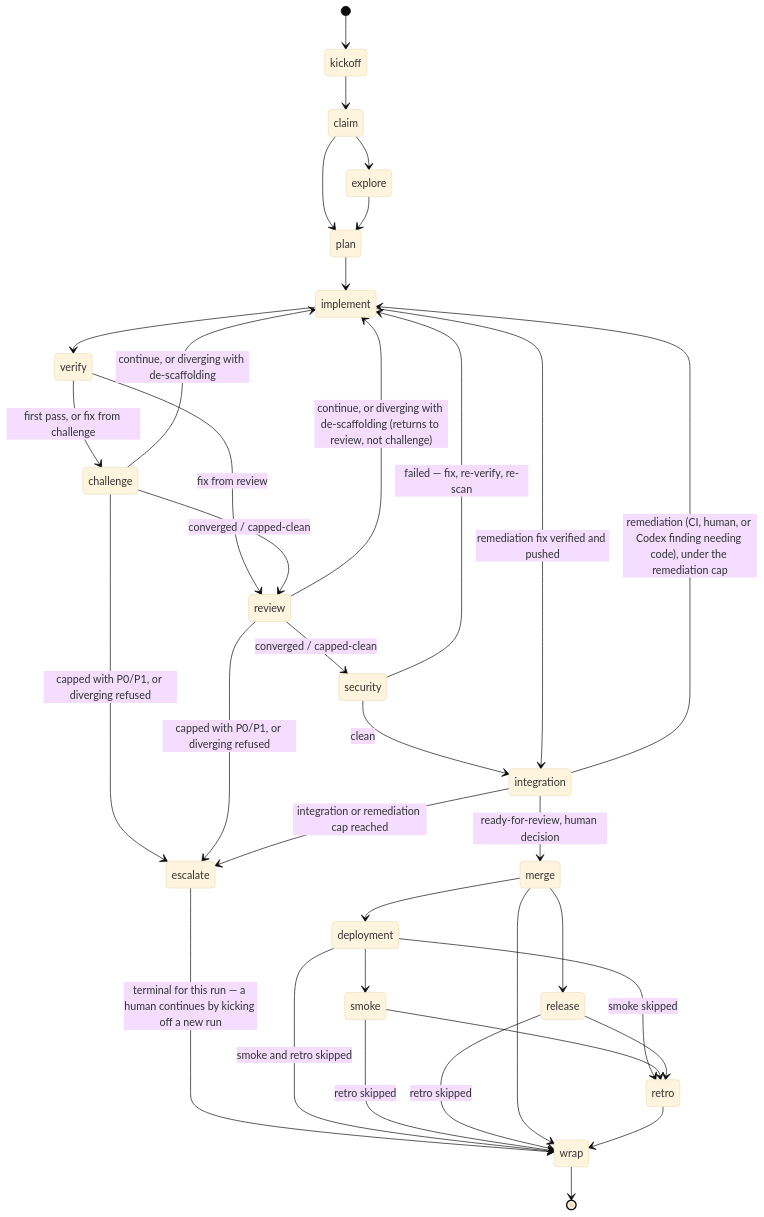
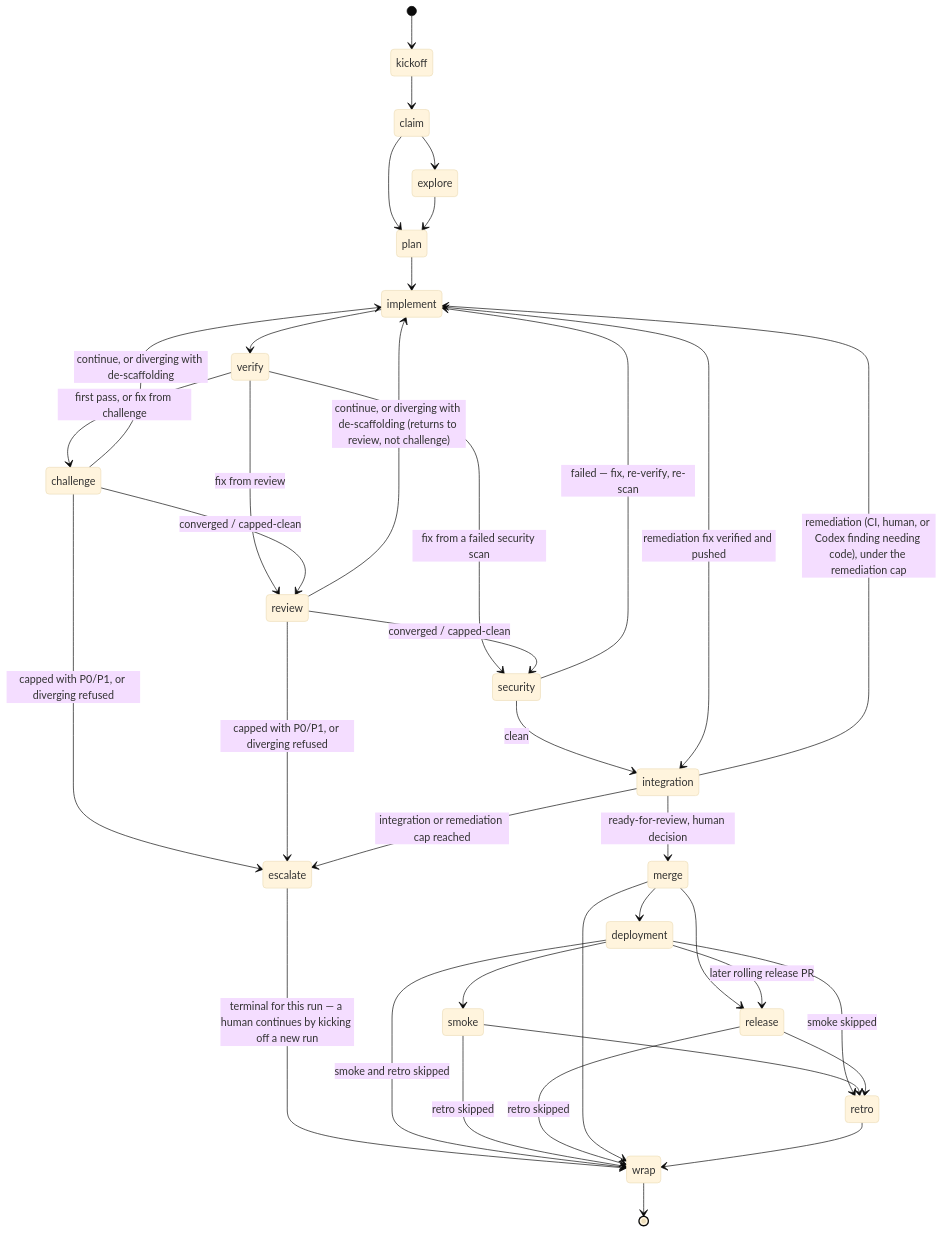
One commit to evanharmon1/harmon-devkit changed the second of 2 diagrams in docs/product/domain.md. Above: the diagram before and after it, drawn with Mermaid (base theme). The commit also changed other lines of this file and 2 other files, not shown here.

First line of the commit message:
docs(specs): settle the second Codex cloud round on Dev flow v2

````diff
--- a/docs/product/domain.md
+++ b/docs/product/domain.md
@@ -69,37 +72,39 @@
 ```mermaid
 stateDiagram-v2
     [*] --> kickoff
     kickoff --> claim
     claim --> explore
     claim --> plan
     explore --> plan
     plan --> implement
     implement --> verify
     verify --> challenge : first pass, or fix from challenge
     verify --> review : fix from review
+    verify --> security : fix from a failed security scan
     challenge --> implement : continue, or diverging with de-scaffolding
     challenge --> review : converged / capped-clean
     challenge --> escalate : capped with P0/P1, or diverging refused
     review --> implement : continue, or diverging with de-scaffolding (returns to review, not challenge)
     review --> security : converged / capped-clean
     review --> escalate : capped with P0/P1, or diverging refused
     escalate --> wrap : terminal for this run — a human continues by kicking off a new run
     security --> integration : clean
     security --> implement : failed — fix, re-verify, re-scan
     integration --> implement : remediation (CI, human, or Codex finding needing code), under the remediation cap
     implement --> integration : remediation fix verified and pushed
     integration --> escalate : integration or remediation cap reached
     integration --> merge : ready-for-review, human decision
     merge --> deployment
     merge --> release
+    deployment --> release : later rolling release PR
     deployment --> smoke
     deployment --> retro : smoke skipped
     deployment --> wrap : smoke and retro skipped
     smoke --> retro
     smoke --> wrap : retro skipped
     release --> retro
     release --> wrap : retro skipped
     merge --> wrap
     retro --> wrap
     wrap --> [*]
 ```
````
